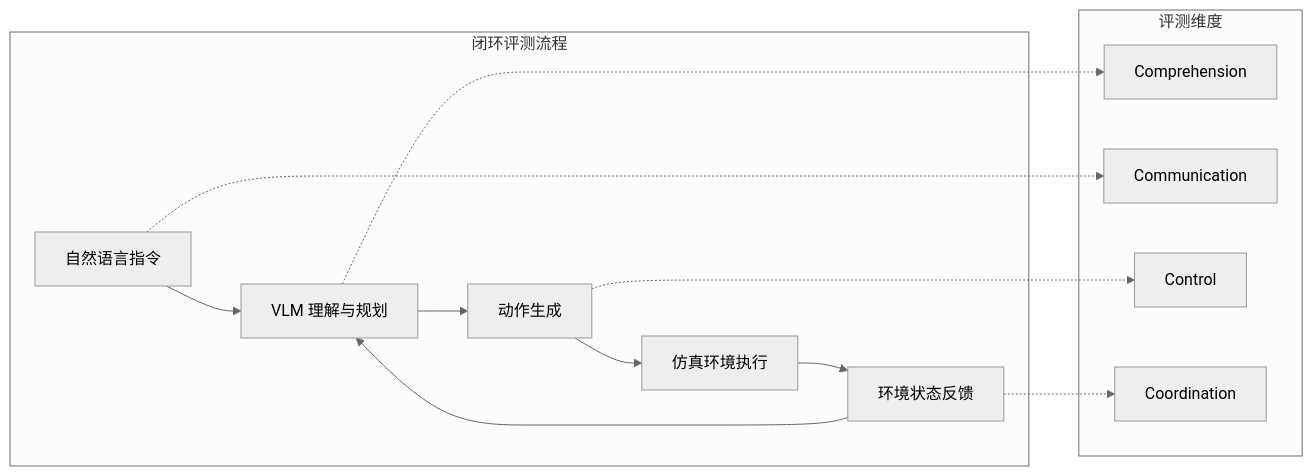
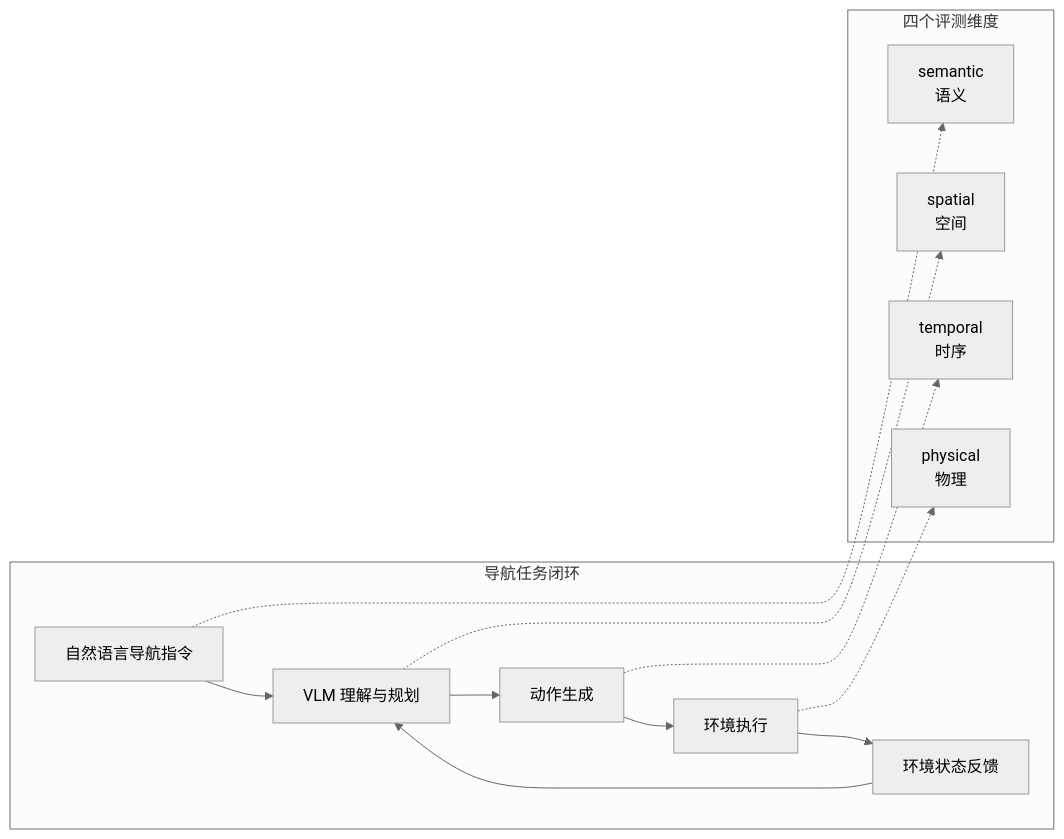
One commit to Qxy661/UAV-WM-VLA-Learning changed the fifth of 6 diagrams in docs/04-VLM专题/02-无人机场景理解.md. Above: the diagram before and after it, drawn with Mermaid (neutral theme). The commit also changed other lines of this file and 53 other files, not shown here.

````diff
--- a/docs/04-VLM专题/02-无人机场景理解.md
+++ b/docs/04-VLM专题/02-无人机场景理解.md
@@ -214,22 +242,22 @@
 ```mermaid
 graph LR
-    subgraph 闭环评测流程
-        A[自然语言指令] --> B[VLM 理解与规划]
+    subgraph 导航任务闭环
+        A[自然语言导航指令] --> B[VLM 理解与规划]
         B --> C[动作生成]
-        C --> D[仿真环境执行]
+        C --> D[环境执行]
         D --> E[环境状态反馈]
         E --> B
     end
     
-    subgraph 评测维度
-        F[Comprehension]
-        G[Communication]
-        H[Control]
-        I[Coordination]
+    subgraph 四个评测维度
+        F[semantic<br/>语义]
+        G[spatial<br/>空间]
+        H[temporal<br/>时序]
+        I[physical<br/>物理]
     end
     
-    B -.-> F
-    A -.-> G
+    A -.-> F
+    B -.-> G
     C -.-> H
-    E -.-> I
+    D -.-> I
 ```
````
